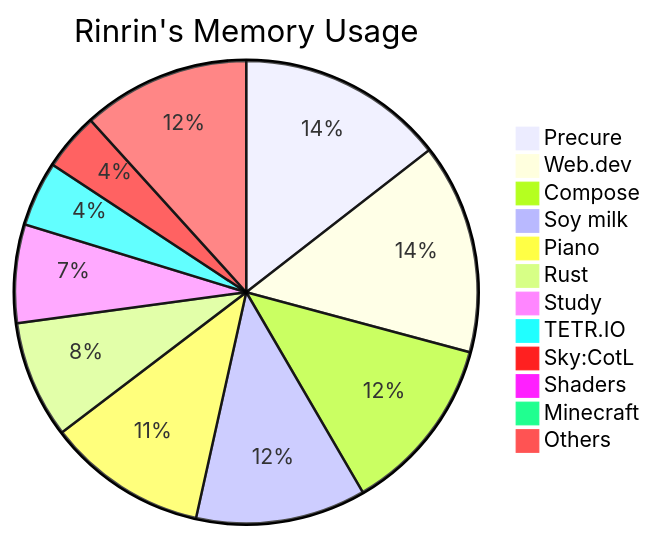
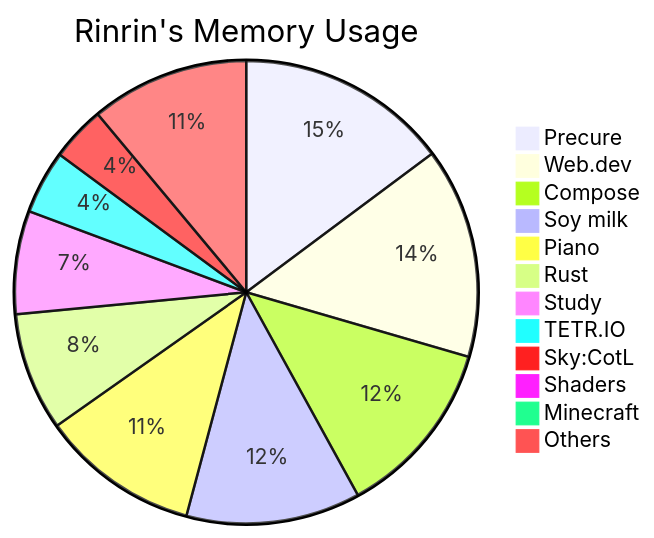
Before and after one commit to Rinrin0413/Rinrin0413: the diagram in README.md, drawn with Mermaid.

Commit message:
🛠 Update: Rinrin's Memory Usage

````diff
--- a/README.md
+++ b/README.md
@@ -76,15 +76,15 @@
 ```mermaid
 pie title Rinrin's Memory Usage
-    "Precure": 584
-    "Web.dev": 592
-    "Compose": 501
-    "Soy milk": 479
-    "Piano": 450
-    "Rust": 331
-    "Study": 277
-    "TETR.IO": 183
-    "Sky:CotL": 162
+    "Precure": 590
+    "Web.dev": 586
+    "Compose": 498
+    "Soy milk": 485
+    "Piano": 441
+    "Rust": 329
+    "Study": 287
+    "TETR.IO": 177
+    "Sky:CotL": 152
     "Shaders": 30
     "Minecraft": 30
-    "Others": 472
+    "Others": 441
 ```
````
